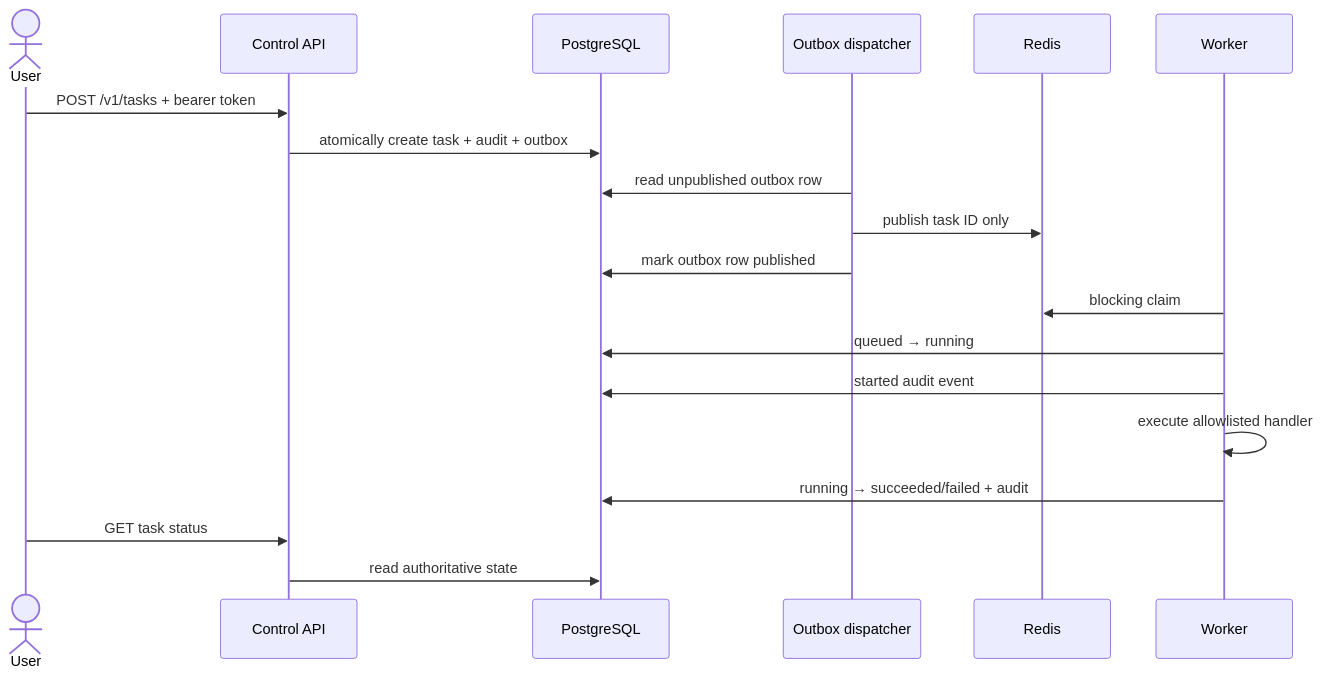
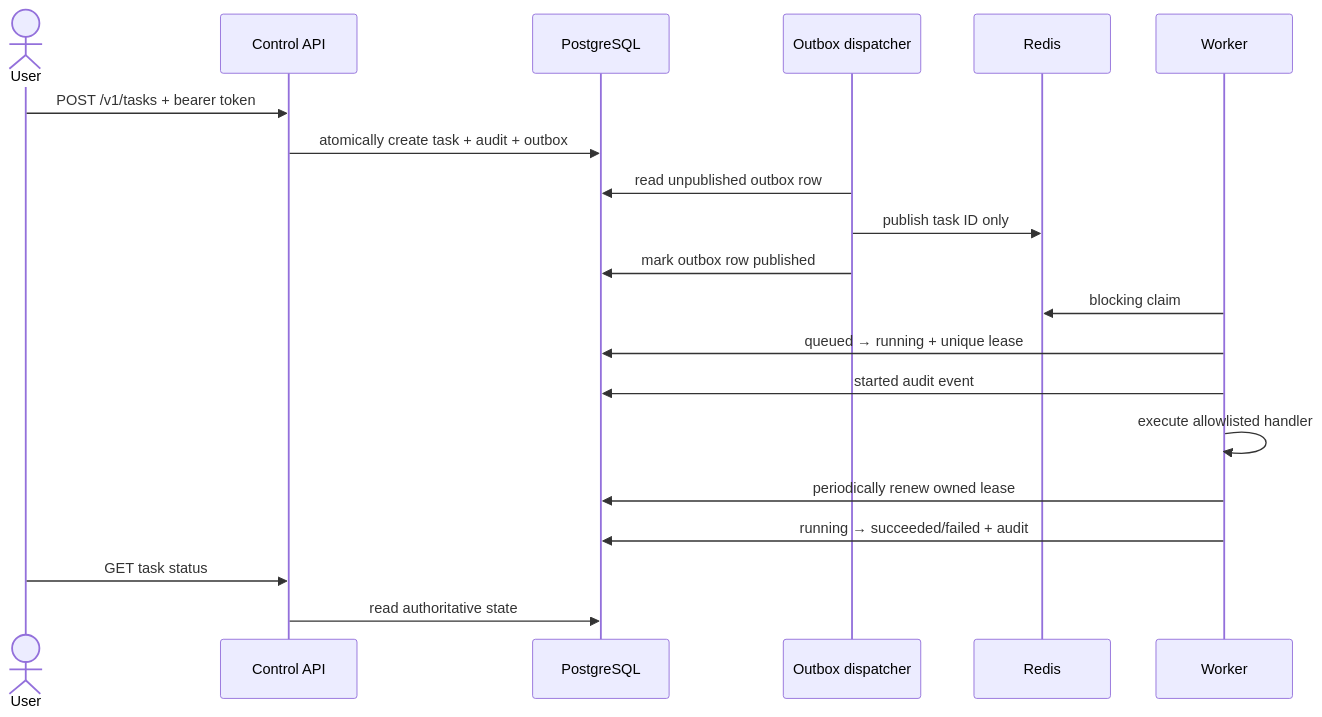
The diagram in docs/architecture/data-flow.md (ReaperXD67/autonomous-personal-agent), drawn with Mermaid before and after one commit. The commit also changed other lines of this file and 37 other files, not shown here.

````diff
--- a/docs/architecture/data-flow.md
+++ b/docs/architecture/data-flow.md
@@ -5,22 +5,23 @@
 ```mermaid
 sequenceDiagram
     actor User
     participant API as Control API
     participant DB as PostgreSQL
     participant D as Outbox dispatcher
     participant Q as Redis
     participant W as Worker
 
     User->>API: POST /v1/tasks + bearer token
     API->>DB: atomically create task + audit + outbox
     D->>DB: read unpublished outbox row
     D->>Q: publish task ID only
     D->>DB: mark outbox row published
     W->>Q: blocking claim
-    W->>DB: queued → running
+    W->>DB: queued → running + unique lease
     W->>DB: started audit event
     W->>W: execute allowlisted handler
+    W->>DB: periodically renew owned lease
     W->>DB: running → succeeded/failed + audit
     User->>API: GET task status
     API->>DB: read authoritative state
 ```
````
